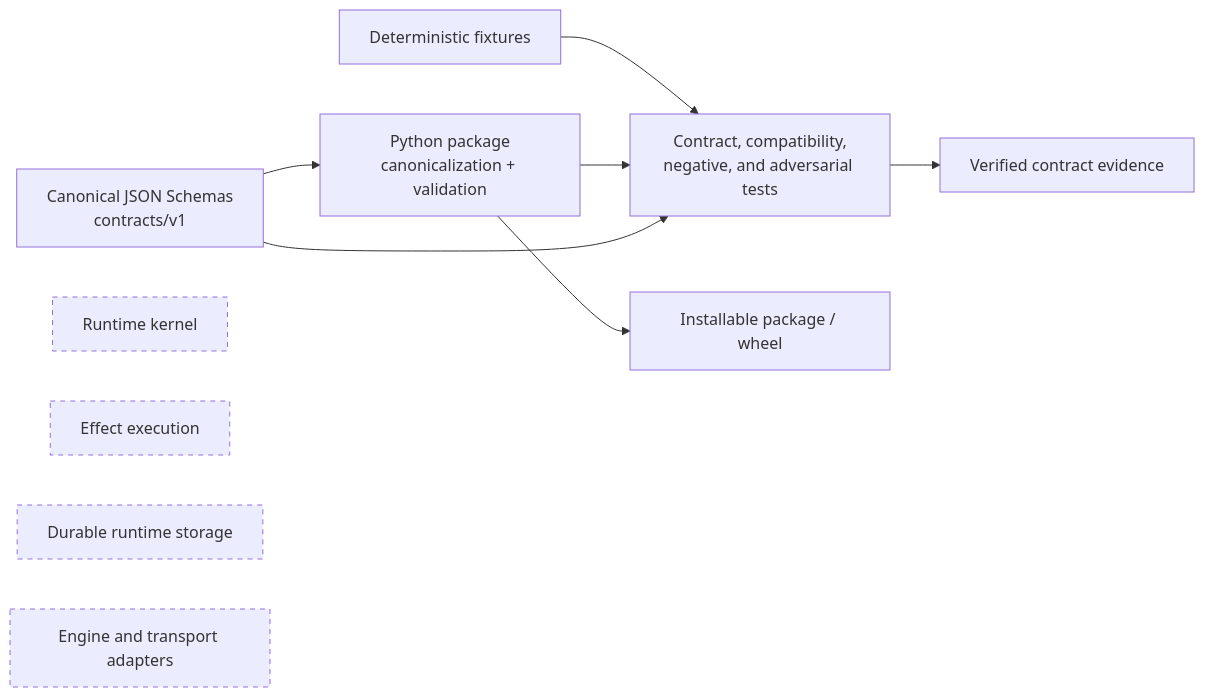
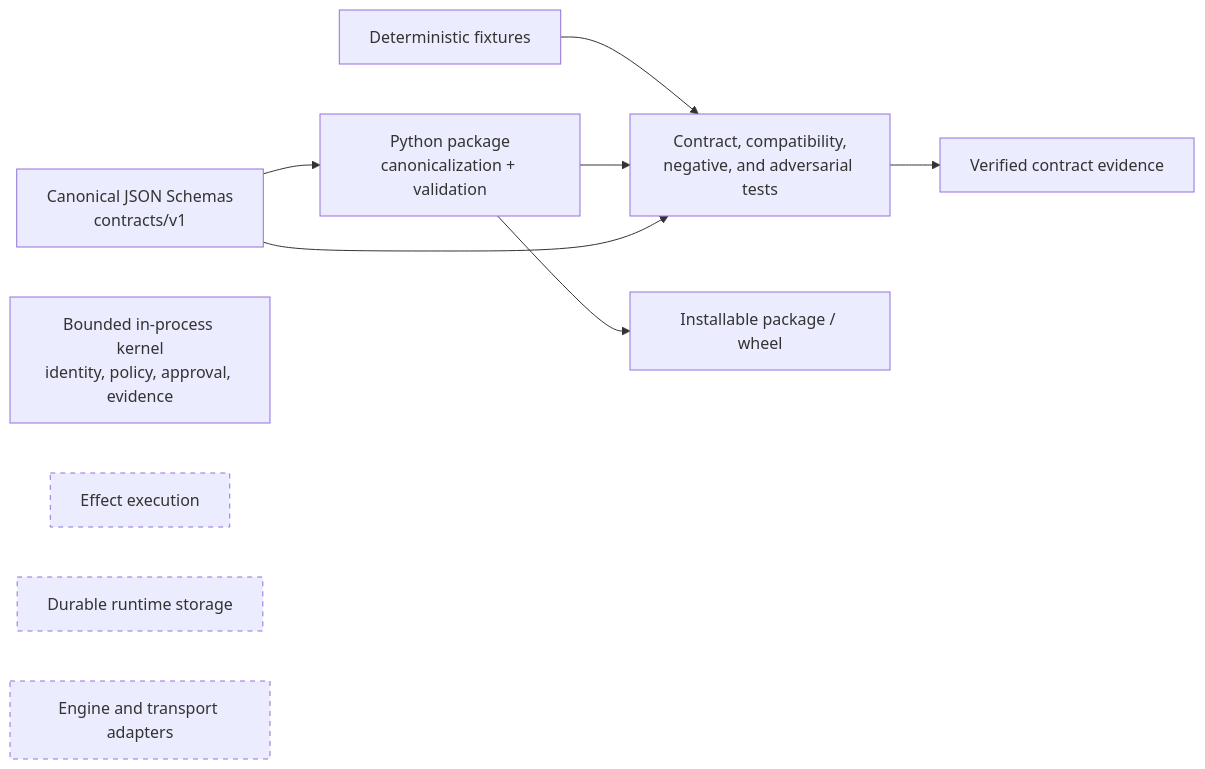
Before and after one commit to lamenting-hawthorn/governed-agent-harness: the first of 7 diagrams in docs/ARCHITECTURE.md, drawn with Mermaid. The commit also changed other lines of this file and 6 other files, not shown here.

Commit message:
feat: add bounded governance kernel

````diff
--- a/docs/ARCHITECTURE.md
+++ b/docs/ARCHITECTURE.md
@@ -28,16 +29,16 @@
 ```mermaid
 flowchart LR
   Schemas["Canonical JSON Schemas\ncontracts/v1"] --> Package["Python package\ncanonicalization + validation"]
   Fixtures["Deterministic fixtures"] --> Tests["Contract, compatibility,\nnegative, and adversarial tests"]
   Package --> Tests
   Schemas --> Tests
   Package --> Wheel["Installable package / wheel"]
   Tests --> Evidence["Verified contract evidence"]
 
-  Runtime["Runtime kernel"]:::planned
+  Runtime["Bounded in-process kernel\nidentity, policy, approval, evidence"]
   Effects["Effect execution"]:::planned
   Storage["Durable runtime storage"]:::planned
   Adapters["Engine and transport adapters"]:::planned
 
   classDef planned stroke-dasharray: 5 5
 ```
````
